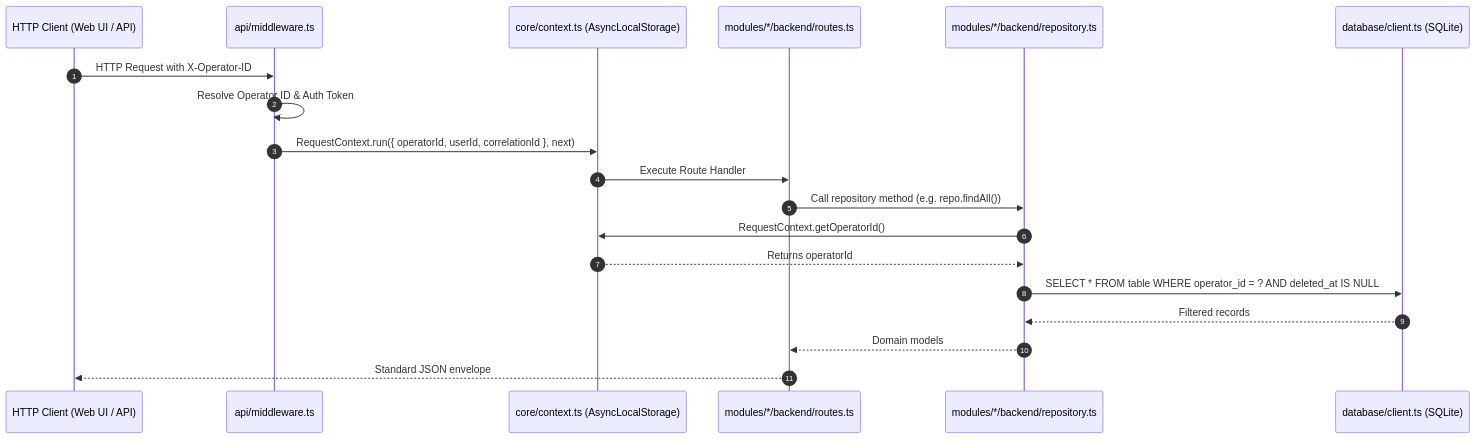
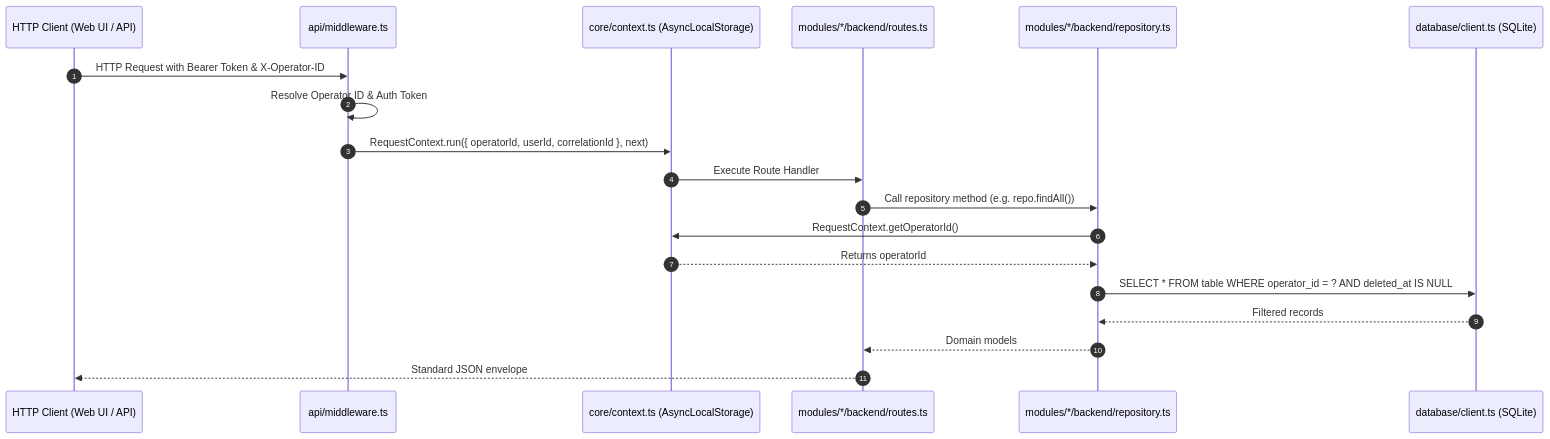
The diagram in docs/architecture/multi-tenancy.md (benacollier/GarrisonOS), drawn with Mermaid before and after one commit. The commit also changed other lines of this file and 41 other files, not shown here.

````diff
--- a/docs/architecture/multi-tenancy.md
+++ b/docs/architecture/multi-tenancy.md
@@ -37,22 +96,22 @@
 ```mermaid
 sequenceDiagram
     autonumber
     participant Client as HTTP Client (Web UI / API)
     participant Middleware as api/middleware.ts
     participant Context as core/context.ts (AsyncLocalStorage)
     participant Route as modules/*/backend/routes.ts
     participant Repo as modules/*/backend/repository.ts
     participant DB as database/client.ts (SQLite)
 
-    Client->>Middleware: HTTP Request with X-Operator-ID
+    Client->>Middleware: HTTP Request with Bearer Token & X-Operator-ID
     Middleware->>Middleware: Resolve Operator ID & Auth Token
     Middleware->>Context: RequestContext.run({ operatorId, userId, correlationId }, next)
     Context->>Route: Execute Route Handler
     Route->>Repo: Call repository method (e.g. repo.findAll())
     Repo->>Context: RequestContext.getOperatorId()
     Context-->>Repo: Returns operatorId
     Repo->>DB: SELECT * FROM table WHERE operator_id = ? AND deleted_at IS NULL
     DB-->>Repo: Filtered records
     Repo-->>Route: Domain models
     Route-->>Client: Standard JSON envelope
 ```
````
